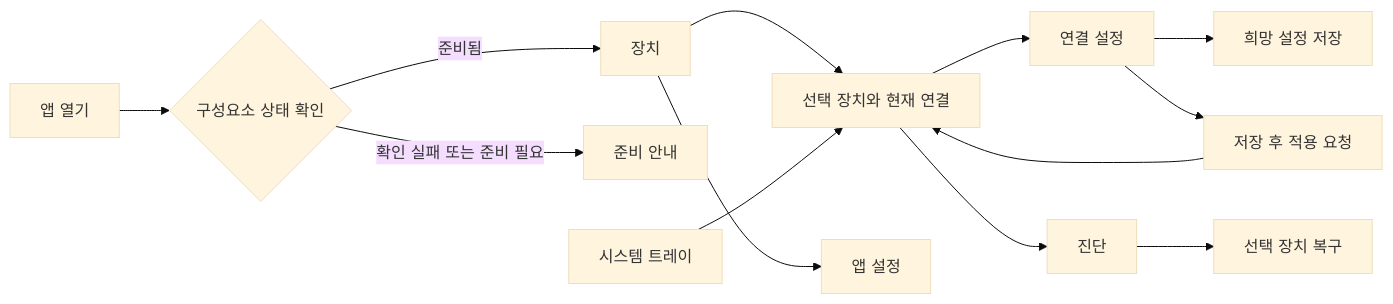
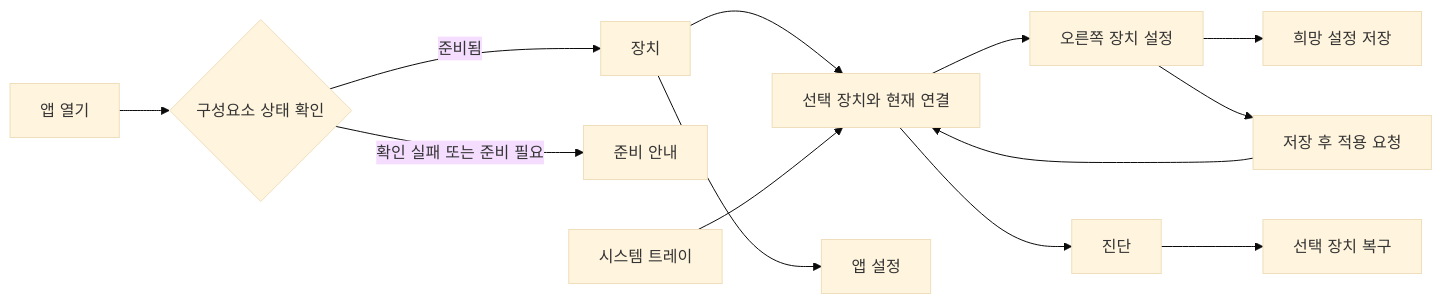
One commit to dydtjr1128/A2DP-for-Windows changed the diagram in docs/ui-design.md. Above: the diagram before and after it, drawn with Mermaid (base theme). The commit also changed other lines of this file and 7 other files, not shown here.

````diff
--- a/docs/ui-design.md
+++ b/docs/ui-design.md
@@ -19,15 +25,15 @@
 ```mermaid
 flowchart LR
     Launch[앱 열기] --> Ready{구성요소 상태 확인}
     Ready -->|준비됨| Devices[장치]
     Ready -->|확인 실패 또는 준비 필요| Setup[준비 안내]
     Devices --> Detail[선택 장치와 현재 연결]
-    Detail --> Policy[연결 설정]
+    Detail --> Policy[오른쪽 장치 설정]
     Policy --> Save[희망 설정 저장]
     Policy --> Apply[저장 후 적용 요청]
     Apply --> Detail
     Detail --> Diagnostics[진단]
     Diagnostics --> Recovery[선택 장치 복구]
     Devices --> Settings[앱 설정]
     Tray[시스템 트레이] --> Detail
 ```
````
